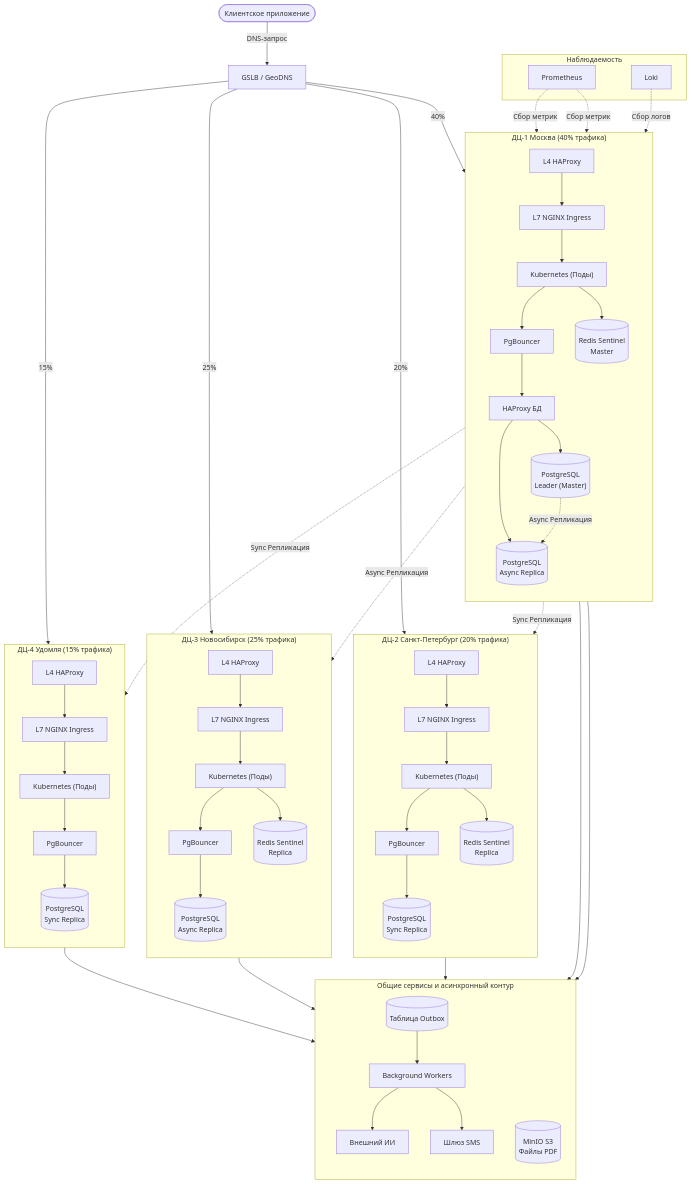
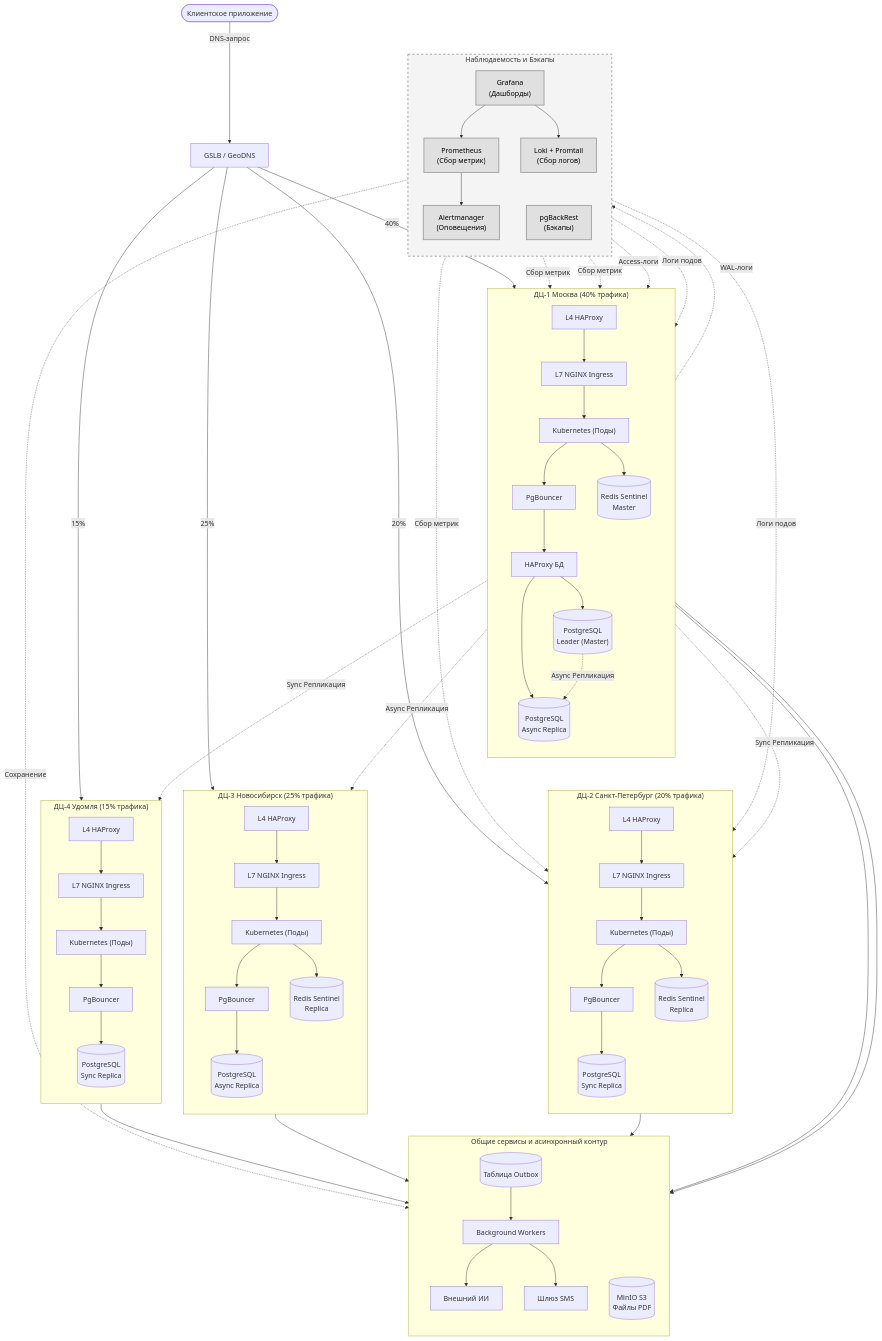
One commit to jmark1518/highload_2026 changed the third of 3 diagrams in README.md. Above: the diagram before and after it, drawn with Mermaid.

````diff
--- a/README.md
+++ b/README.md
@@ -950,12 +950,31 @@
     K8s_Nsk --> MinIO
     K8s_Udm --> MinIO
 
-    subgraph Ops ["Наблюдаемость"]
-        Prometheus["Prometheus"]
-        Loki["Loki"]
+    subgraph Ops ["Наблюдаемость и Бэкапы"]
+        direction TB
+        Prometheus["Prometheus<br/>(Сбор метрик)"]
+        Loki["Loki + Promtail<br/>(Сбор логов)"]
+        Grafana["Grafana<br/>(Дашборды)"]
+        Alertmanager["Alertmanager<br/>(Оповещения)"]
+        PgBackRest["pgBackRest<br/>(Бэкапы)"]
+
+        Grafana --> Prometheus
+        Grafana --> Loki
+        Prometheus --> Alertmanager
     end
 
     Prometheus -.->|Сбор метрик| L7_Msk
     Prometheus -.->|Сбор метрик| Leader
-    Loki -.->|Сбор логов| K8s_Msk
+    Prometheus -.->|Сбор метрик| L7_Spb
+    
+    Loki -.->|Access-логи| L7_Msk
+    Loki -.->|Логи подов| K8s_Msk
+    Loki -.->|Логи подов| K8s_Spb
+
+    Leader -.->|WAL-логи| PgBackRest
+    PgBackRest -.->|Сохранение| MinIO
+
+    classDef opsNode fill:#e0e0e0,stroke:#9e9e9e,stroke-width:2px,color:#000
+    class Prometheus,Loki,Grafana,Alertmanager,PgBackRest opsNode
+    style Ops fill:#f4f4f4,stroke:#9e9e9e,stroke-width:2px,stroke-dasharray: 5 5
 ```
````
